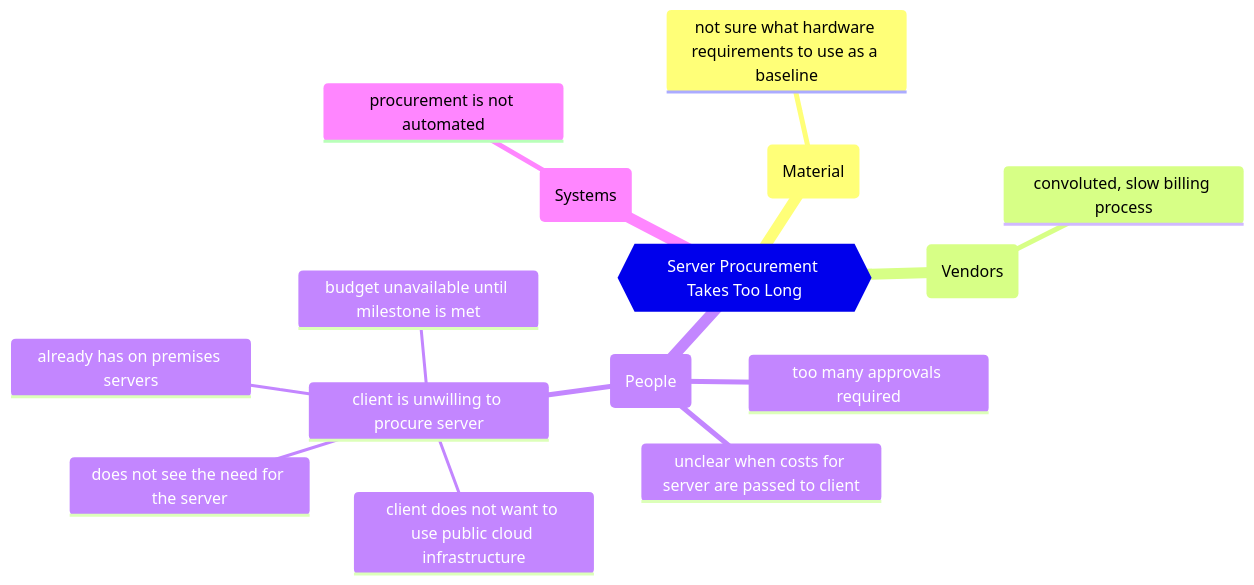
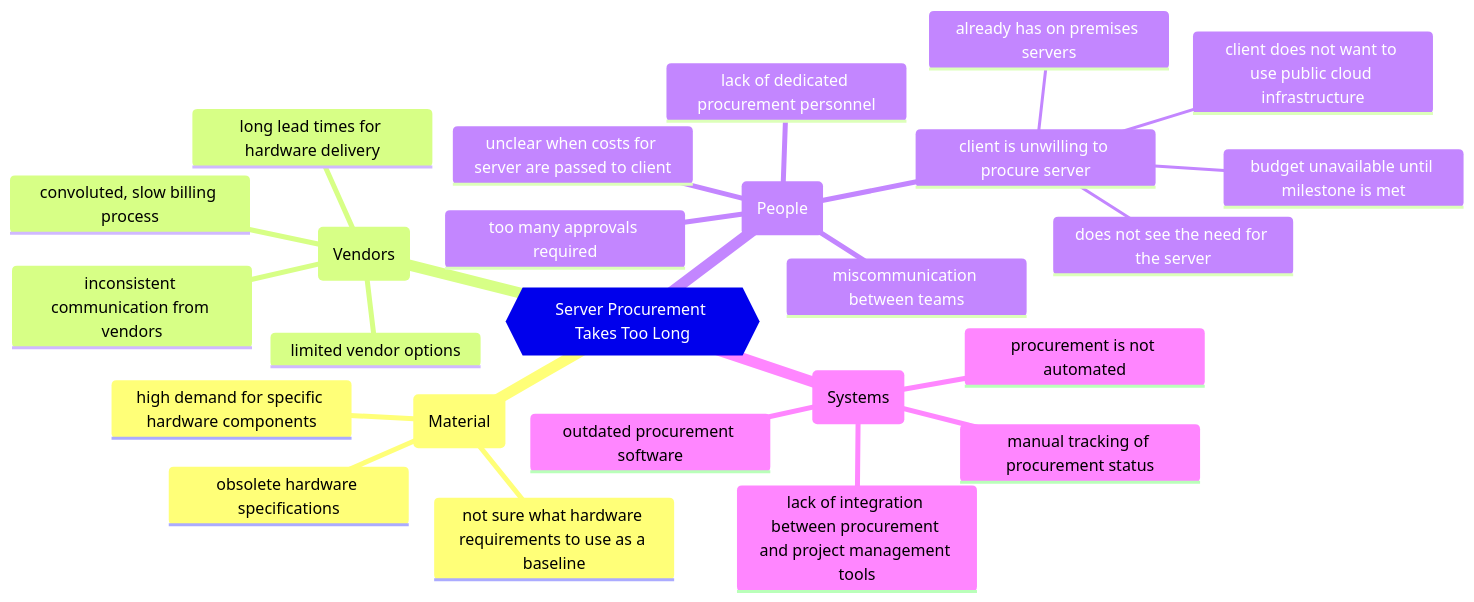
One commit to rudolfolah/mermaid-diagram-examples changed the tenth of 10 diagrams in diagrams/cause-and-effect.md. Above: the diagram before and after it, drawn with Mermaid. The commit also changed other lines of this file, not shown here.

````diff
--- a/diagrams/cause-and-effect.md
+++ b/diagrams/cause-and-effect.md
@@ -157,18 +175,28 @@
 ```mermaid
 mindmap
 root{{Server Procurement Takes Too Long}}
   (Material)
     not sure what hardware requirements to use as a baseline
+    obsolete hardware specifications
+    high demand for specific hardware components
   (Vendors)
     convoluted, slow billing process
+    limited vendor options
+    long lead times for hardware delivery
+    inconsistent communication from vendors
   (People)
     too many approvals required
     unclear when costs for server are passed to client
     client is unwilling to procure server
       budget unavailable until milestone is met
       does not see the need for the server
       already has on premises servers
       client does not want to use public cloud infrastructure
+    lack of dedicated procurement personnel
+    miscommunication between teams
   (Systems)
     procurement is not automated
+    outdated procurement software
+    lack of integration between procurement and project management tools
+    manual tracking of procurement status
 ```
````
